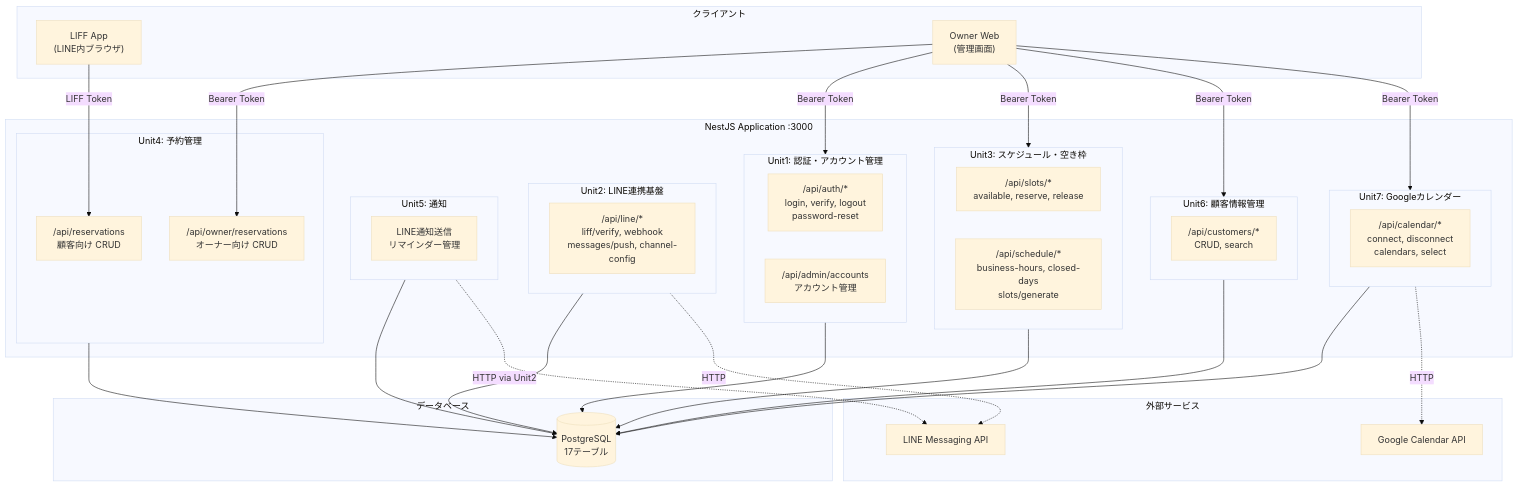
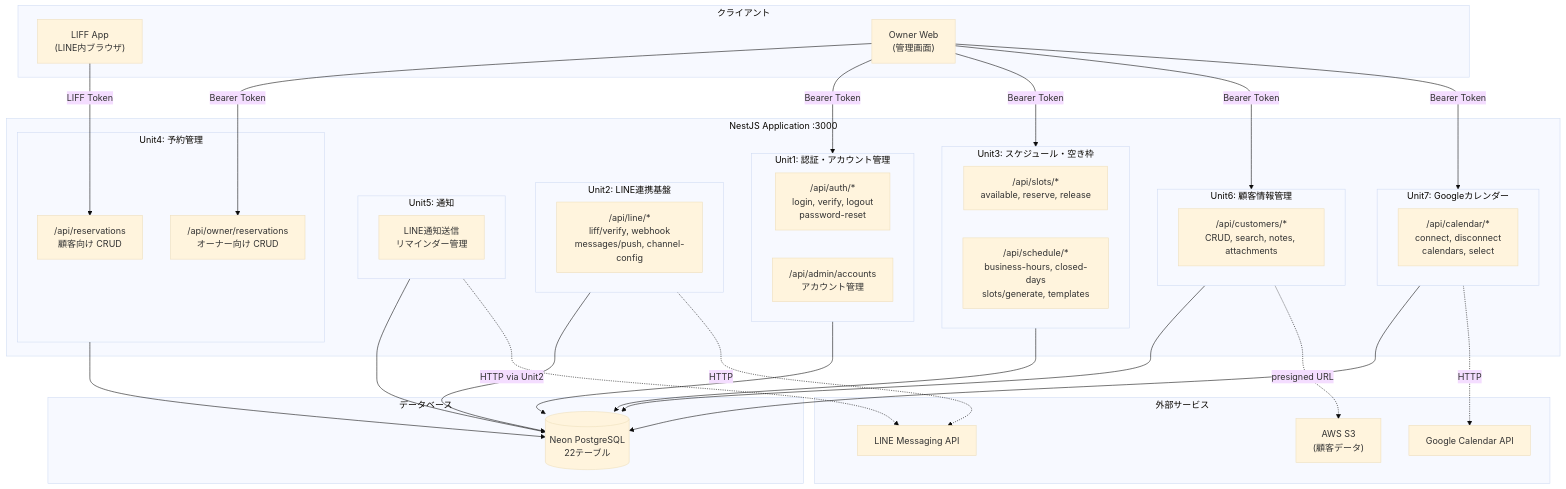
Before and after one commit to rkuros/Covalt: the first of 4 diagrams in app/README.md, drawn with Mermaid (base theme). The commit also changed other lines of this file and 161 other files, not shown here.

````diff
--- a/app/README.md
+++ b/app/README.md
@@ -9,68 +11,70 @@
 ```mermaid
 graph TB
     subgraph Clients["クライアント"]
         LIFF["LIFF App<br/>(LINE内ブラウザ)"]
         Web["Owner Web<br/>(管理画面)"]
     end
 
     LIFF -->|LIFF Token| U4C
     Web -->|Bearer Token| U1
     Web -->|Bearer Token| U3
     Web -->|Bearer Token| U4O
     Web -->|Bearer Token| U6
     Web -->|Bearer Token| U7
 
     subgraph NestJS["NestJS Application :3000"]
         subgraph U1["Unit1: 認証・アカウント管理"]
             U1A["/api/auth/*<br/>login, verify, logout<br/>password-reset"]
             U1B["/api/admin/accounts<br/>アカウント管理"]
         end
 
         subgraph U2["Unit2: LINE連携基盤"]
             U2A["/api/line/*<br/>liff/verify, webhook<br/>messages/push, channel-config"]
         end
 
         subgraph U3["Unit3: スケジュール・空き枠"]
             U3A["/api/slots/*<br/>available, reserve, release"]
-            U3B["/api/schedule/*<br/>business-hours, closed-days<br/>slots/generate"]
+            U3B["/api/schedule/*<br/>business-hours, closed-days<br/>slots/generate, templates"]
         end
 
         subgraph U4["Unit4: 予約管理"]
             U4C["/api/reservations<br/>顧客向け CRUD"]
             U4O["/api/owner/reservations<br/>オーナー向け CRUD"]
         end
 
         subgraph U5["Unit5: 通知"]
             U5A["LINE通知送信<br/>リマインダー管理"]
         end
 
         subgraph U6["Unit6: 顧客情報管理"]
-            U6A["/api/customers/*<br/>CRUD, search"]
+            U6A["/api/customers/*<br/>CRUD, search, notes, attachments"]
         end
 
         subgraph U7["Unit7: Googleカレンダー"]
             U7A["/api/calendar/*<br/>connect, disconnect<br/>calendars, select"]
         end
     end
 
     subgraph DB["データベース"]
-        PG[("PostgreSQL<br/>17テーブル")]
+        PG[("Neon PostgreSQL<br/>22テーブル")]
     end
 
     subgraph External["外部サービス"]
         LINE["LINE Messaging API"]
         GCAL["Google Calendar API"]
+        S3["AWS S3<br/>(顧客データ)"]
     end
 
     U1 --> PG
     U2 --> PG
     U3 --> PG
     U4 --> PG
     U5 --> PG
     U6 --> PG
     U7 --> PG
 
     U2 -.->|HTTP| LINE
     U5 -.->|HTTP via Unit2| LINE
+    U6 -.->|presigned URL| S3
     U7 -.->|HTTP| GCAL
 ```
````
